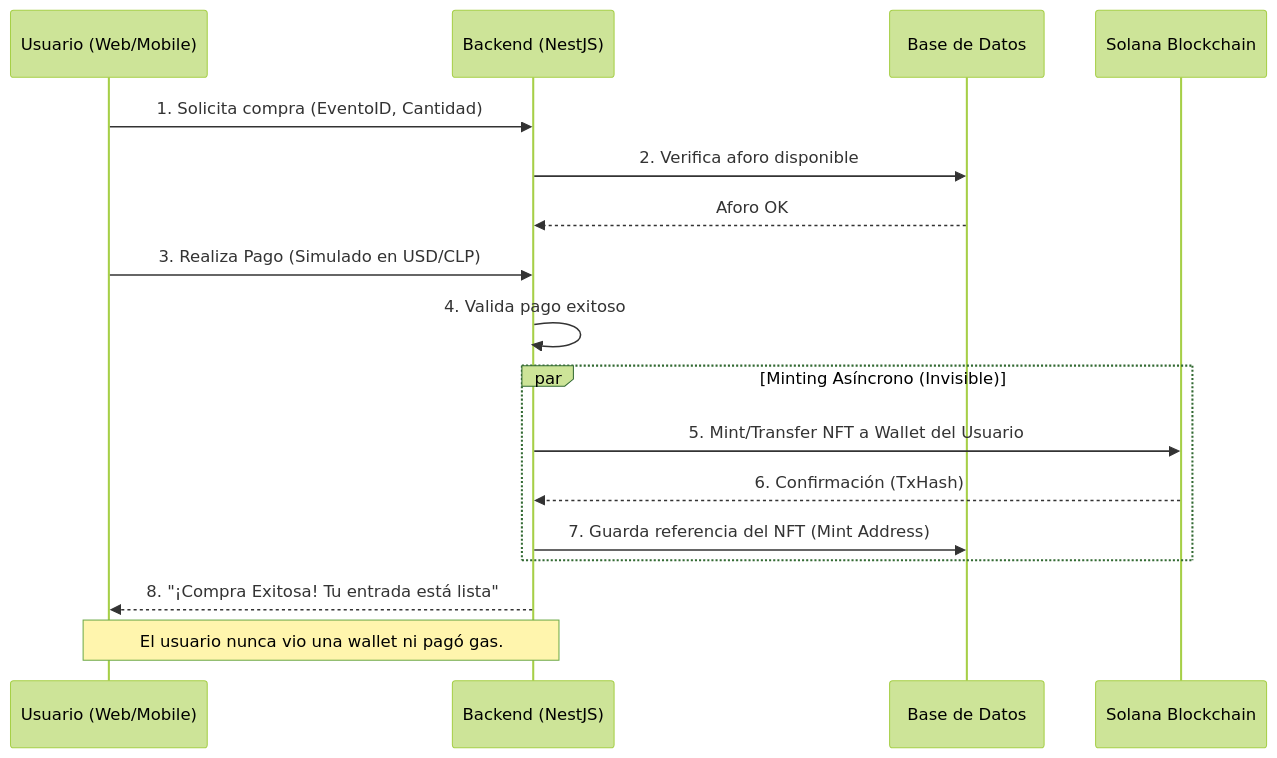
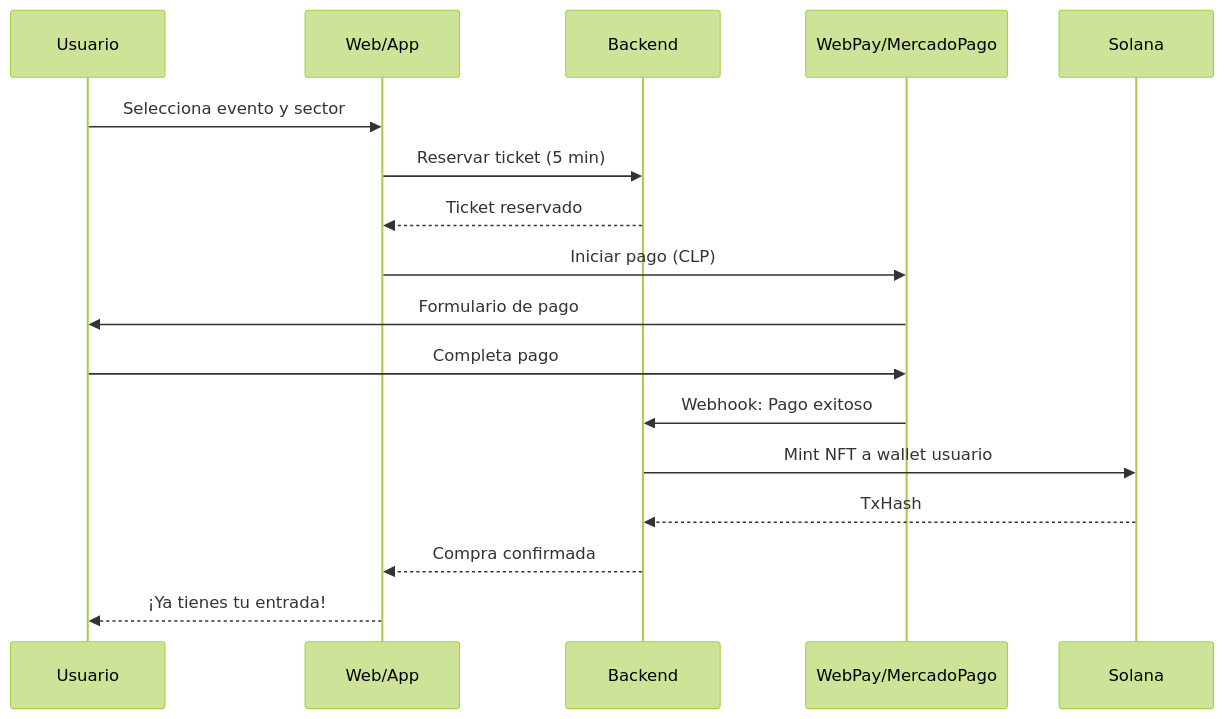
One commit to Ztellar/ticket-documentation changed the second of 6 diagrams in design_diagrams.md. Above: the diagram before and after it, drawn with Mermaid (forest theme). The commit also changed other lines of this file and 8 other files, not shown here.

````diff
--- a/design_diagrams.md
+++ b/design_diagrams.md
@@ -64,22 +38,20 @@
 ```mermaid
 sequenceDiagram
-    participant User as Usuario (Web/Mobile)
-    participant API as Backend (NestJS)
-    participant DB as Base de Datos
-    participant Chain as Solana Blockchain
-    
-    User->>API: 1. Solicita compra (EventoID, Cantidad)
-    API->>DB: 2. Verifica aforo disponible
-    DB-->>API: Aforo OK
-    User->>API: 3. Realiza Pago (Simulado en USD/CLP)
-    API->>API: 4. Valida pago exitoso
-    
-    par Minting Asíncrono (Invisible)
-        API->>Chain: 5. Mint/Transfer NFT a Wallet del Usuario
-        Chain-->>API: 6. Confirmación (TxHash)
-        API->>DB: 7. Guarda referencia del NFT (Mint Address)
-    end
-    
-    API-->>User: 8. "¡Compra Exitosa! Tu entrada está lista"
-    Note over User, API: El usuario nunca vio una wallet ni pagó gas.
+    participant U as Usuario
+    participant W as Web/App
+    participant API as Backend
+    participant Pay as WebPay/MercadoPago
+    participant Chain as Solana
+
+    U->>W: Selecciona evento y sector
+    W->>API: Reservar ticket (5 min)
+    API-->>W: Ticket reservado
+    W->>Pay: Iniciar pago (CLP)
+    Pay->>U: Formulario de pago
+    U->>Pay: Completa pago
+    Pay->>API: Webhook: Pago exitoso
+    API->>Chain: Mint NFT a wallet usuario
+    Chain-->>API: TxHash
+    API-->>W: Compra confirmada
+    W-->>U: ¡Ya tienes tu entrada!
 ```
````
